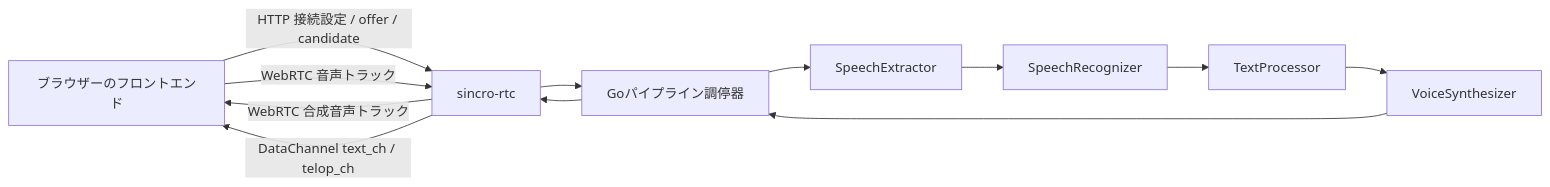
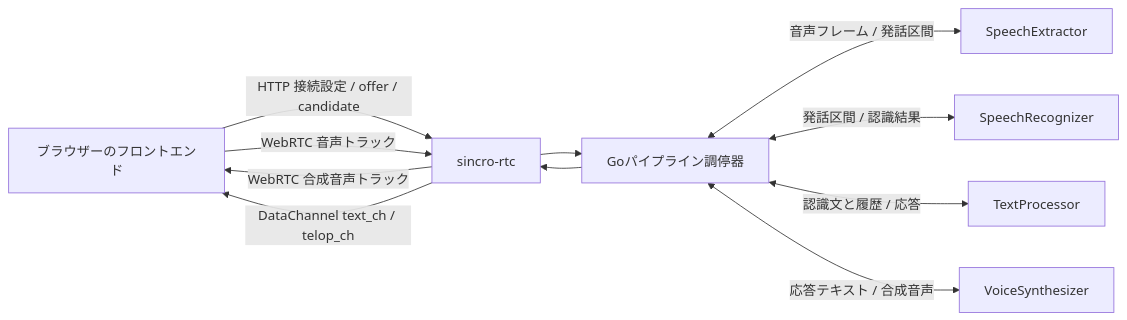
One commit to Sincromisor/Sincromisor changed the diagram in documents/design/architecture/overview.md. Above: the diagram before and after it, drawn with Mermaid. The commit also changed 23 other files, not shown here.

````diff
--- a/documents/design/architecture/overview.md
+++ b/documents/design/architecture/overview.md
@@ -35,14 +35,13 @@
 ```mermaid
 flowchart LR
     Browser["ブラウザーのフロントエンド"] -->|HTTP 接続設定 / offer / candidate| RTC["sincro-rtc"]
     Browser -->|WebRTC 音声トラック| RTC
     RTC --> Broker["Goパイプライン調停器"]
-    Broker --> Extractor["SpeechExtractor"]
-    Extractor --> Recognizer["SpeechRecognizer"]
-    Recognizer --> TextProcessor["TextProcessor"]
-    TextProcessor --> Synthesizer["VoiceSynthesizer"]
-    Synthesizer --> Broker
+    Broker <-->|音声フレーム / 発話区間| Extractor["SpeechExtractor"]
+    Broker <-->|発話区間 / 認識結果| Recognizer["SpeechRecognizer"]
+    Broker <-->|認識文と履歴 / 応答| TextProcessor["TextProcessor"]
+    Broker <-->|応答テキスト / 合成音声| Synthesizer["VoiceSynthesizer"]
     Broker --> RTC
     RTC -->|WebRTC 合成音声トラック| Browser
     RTC -->|DataChannel text_ch / telop_ch| Browser
 ```
````
